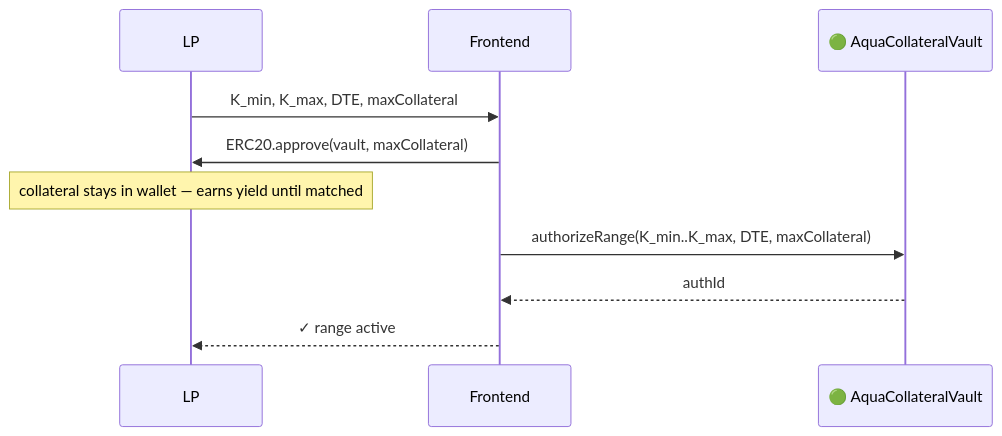
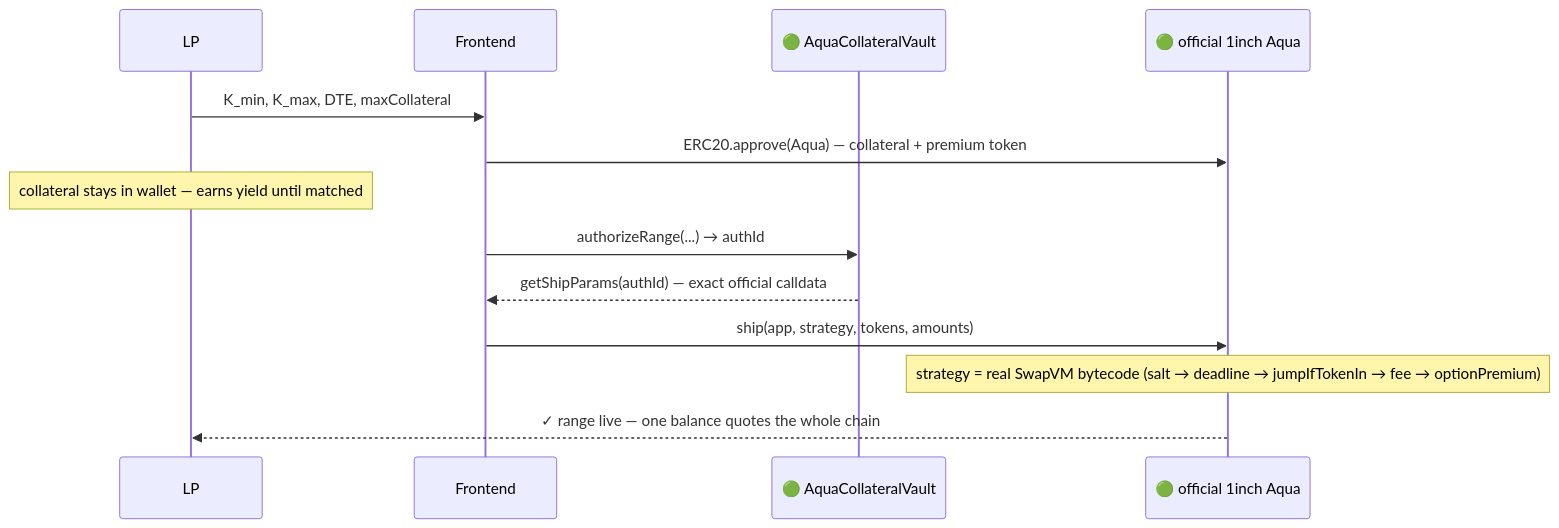
Before and after one commit to oslinin/Smile: the second of 7 diagrams in README.md, drawn with Mermaid. The commit also changed other lines of this file and 3 other files, not shown here.

````diff
--- a/README.md
+++ b/README.md
@@ -186,13 +192,16 @@
 ```mermaid
 sequenceDiagram
     participant LP
     participant Frontend
     participant Vault as 🟢 AquaCollateralVault
+    participant Aqua as 🟢 official 1inch Aqua
 
     LP->>Frontend: K_min, K_max, DTE, maxCollateral
-    Frontend->>LP: ERC20.approve(vault, maxCollateral)
+    Frontend->>Aqua: ERC20.approve(Aqua) — collateral + premium token
     Note over LP: collateral stays in wallet — earns yield until matched
-    Frontend->>Vault: authorizeRange(K_min..K_max, DTE, maxCollateral)
-    Vault-->>Frontend: authId
-    Frontend-->>LP: ✓ range active
+    Frontend->>Vault: authorizeRange(...) → authId
+    Vault-->>Frontend: getShipParams(authId) — exact official calldata
+    Frontend->>Aqua: ship(app, strategy, tokens, amounts)
+    Note over Aqua: strategy = real SwapVM bytecode (salt → deadline → jumpIfTokenIn → fee → optionPremium)
+    Aqua-->>LP: ✓ range live — one balance quotes the whole chain
 ```
````
